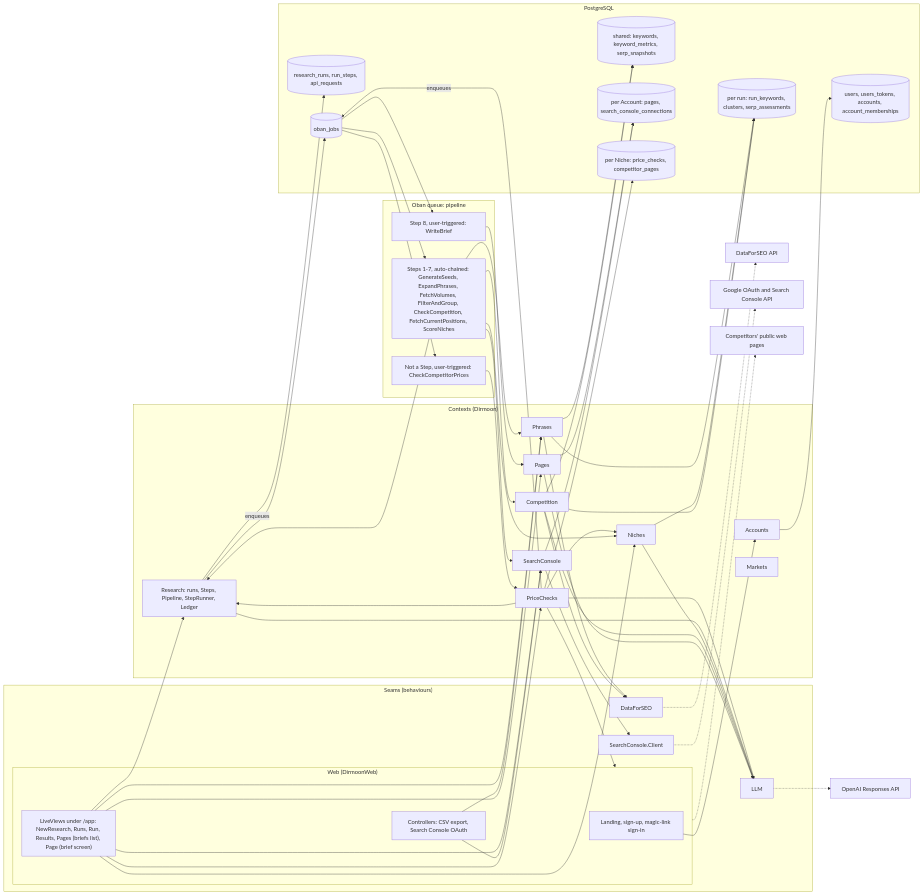
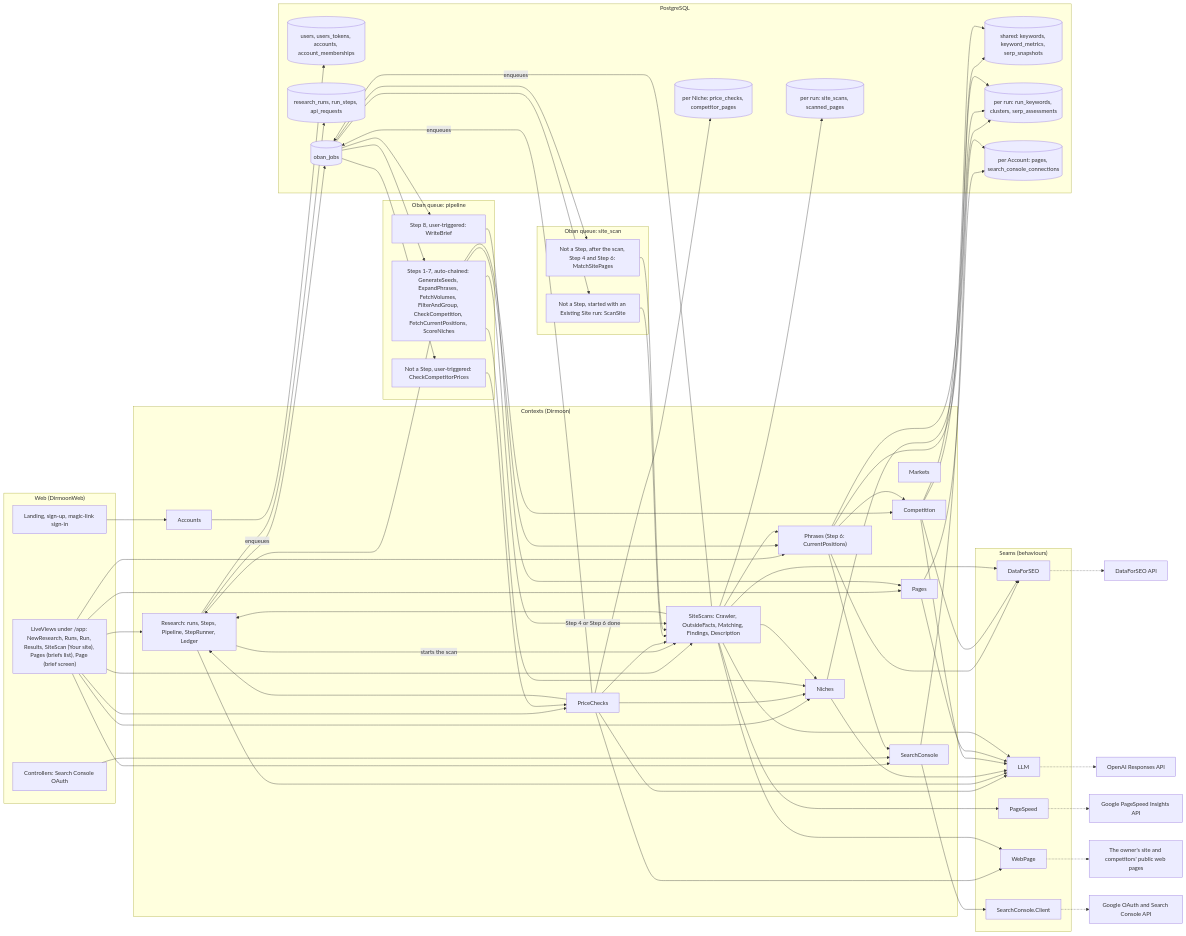
One commit to elpikel/dirmoon changed the diagram in ARCHITECTURE.md. Above: the diagram before and after it, drawn with Mermaid. The commit also changed other lines of this file and 151 other files, not shown here.

````diff
--- a/ARCHITECTURE.md
+++ b/ARCHITECTURE.md
@@ -10,8 +10,8 @@
 flowchart LR
   subgraph Web["Web (DirmoonWeb)"]
     Public["Landing, sign-up, magic-link sign-in"]
-    Screens["LiveViews under /app: NewResearch, Runs, Run, Results, Pages (briefs list), Page (brief screen)"]
-    Files["Controllers: CSV export, Search Console OAuth"]
+    Screens["LiveViews under /app: NewResearch, Runs, Run, Results, SiteScan (Your site), Pages (briefs list), Page (brief screen)"]
+    Files["Controllers: Search Console OAuth"]
   end
 
   subgraph Jobs["Oban queue: pipeline"]
@@ -20,15 +20,21 @@
     Prices["Not a Step, user-triggered: CheckCompetitorPrices"]
   end
 
+  subgraph ScanJobs["Oban queue: site_scan"]
+    Scan["Not a Step, started with an Existing Site run: ScanSite"]
+    Match["Not a Step, after the scan, Step 4 and Step 6: MatchSitePages"]
+  end
+
   subgraph Contexts["Contexts (Dirmoon)"]
     Accounts
     Research["Research: runs, Steps, Pipeline, StepRunner, Ledger"]
-    Phrases
+    Phrases["Phrases (Step 6: CurrentPositions)"]
     Niches
     Competition
     SearchConsole
     Pages
     PriceChecks
+    SiteScans["SiteScans: Crawler, OutsideFacts, Matching, Findings, Description"]
     Markets
   end
 
@@ -36,7 +42,8 @@
     LLM["LLM"]
     DFS["DataForSEO"]
     GSC["SearchConsole.Client"]
-    Web["WebPage"]
+    PSI["PageSpeed"]
+    WP["WebPage"]
   end
 
   subgraph Tables["PostgreSQL"]
@@ -44,6 +51,7 @@
     TRun[("research_runs, run_steps, api_requests")]
     TShared[("shared: keywords, keyword_metrics, serp_snapshots")]
     TPerRun[("per run: run_keywords, clusters, serp_assessments")]
+    TScan[("per run: site_scans, scanned_pages")]
     TAccount[("per Account: pages, search_console_connections")]
     TPrices[("per Niche: price_checks, competitor_pages")]
     TOban[("oban_jobs")]
@@ -56,33 +64,49 @@
   Screens --> Pages
   Screens --> SearchConsole
   Screens --> PriceChecks
-  Files --> Phrases
+  Screens --> SiteScans
   Files --> SearchConsole
 
   Research -- "enqueues" --> TOban
+  Research -- "starts the scan" --> SiteScans
+  SiteScans -- "enqueues" --> TOban
   TOban --> Auto
   TOban --> Asked
   TOban --> Prices
+  TOban --> Scan
+  TOban --> Match
   PriceChecks -- "enqueues" --> TOban
   Prices --> PriceChecks
   PriceChecks --> Niches
   PriceChecks --> Research
+  PriceChecks --> SiteScans
   PriceChecks --> LLM
-  PriceChecks --> Web
+  PriceChecks --> WP
   PriceChecks --> TPrices
+  Scan --> SiteScans
+  Match --> SiteScans
   Auto --> Research
   Auto --> Phrases
   Auto --> Niches
   Auto --> Competition
-  Auto --> SearchConsole
+  Auto -- "Step 4 or Step 6 done" --> SiteScans
   Asked --> Pages
 
   Research --> LLM
   Niches --> LLM
   Competition --> LLM
   Pages --> LLM
+  SiteScans --> LLM
+  SiteScans --> Research
+  SiteScans --> Niches
+  SiteScans --> Phrases
   Phrases --> DFS
+  Phrases --> SearchConsole
+  Phrases --> Competition
   Competition --> DFS
+  SiteScans --> DFS
+  SiteScans --> PSI
+  SiteScans --> WP
   SearchConsole --> GSC
 
   Accounts --> TAcc
@@ -92,11 +116,13 @@
   Phrases --> TPerRun
   Niches --> TPerRun
   Competition --> TPerRun
+  SiteScans --> TScan
   Pages --> TAccount
   SearchConsole --> TAccount
 
   LLM -.-> XLLM["OpenAI Responses API"]
   DFS -.-> XDFS["DataForSEO API"]
   GSC -.-> XGoogle["Google OAuth and Search Console API"]
-  Web -.-> XWeb["Competitors' public web pages"]
+  PSI -.-> XPSI["Google PageSpeed Insights API"]
+  WP -.-> XWeb["The owner's site and competitors' public web pages"]
 ```
````
